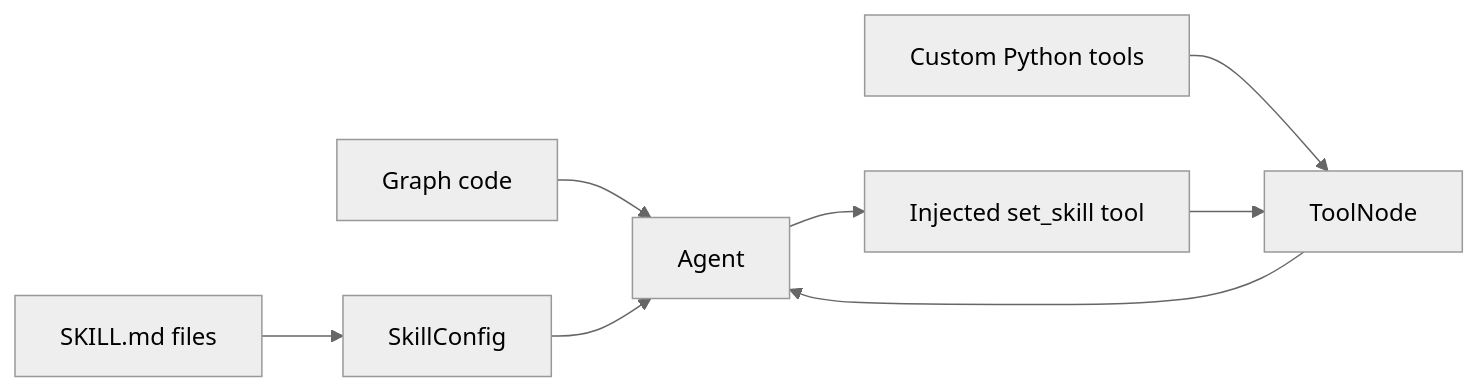
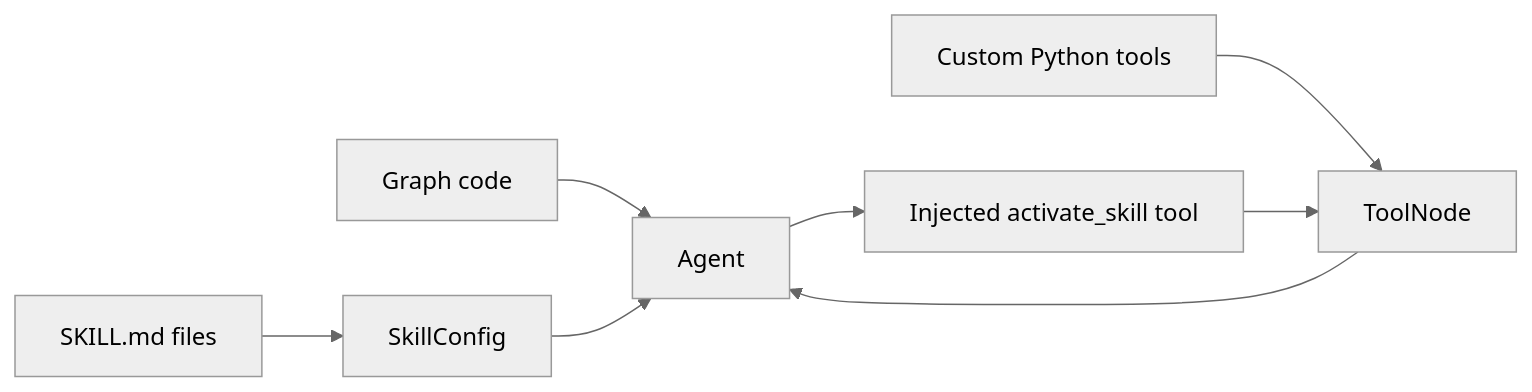
The third of 3 diagrams in docs/tutorials/from-examples/skills.md (10xHub/agentflow-docs), drawn with Mermaid (neutral theme) before and after one commit. The commit also changed other lines of this file and 41 other files, not shown here.

````diff
--- a/docs/tutorials/from-examples/skills.md
+++ b/docs/tutorials/from-examples/skills.md
@@ -314,10 +314,10 @@
 ```mermaid
 flowchart LR
     A[Graph code] --> B[Agent]
     C[SkillConfig] --> B
     D[SKILL.md files] --> C
-    B --> E[Injected set_skill tool]
+    B --> E[Injected activate_skill tool]
     F[Custom Python tools] --> G[ToolNode]
     E --> G
     G --> B
 ```
````
